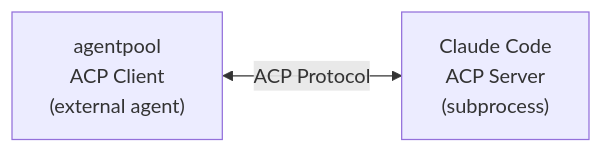
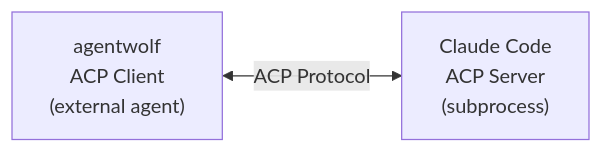
One commit to Leoyzen/agentpool changed the second of 5 diagrams in docs/how-to/advanced/acp-integration.md. Above: the diagram before and after it, drawn with Mermaid. The commit also changed other lines of this file and 2075 other files, not shown here.

Commit message:
refactor: rename agentpool to agentwolf across repository, package, and CLI

````diff
--- a/docs/how-to/advanced/acp-integration.md
+++ b/docs/how-to/advanced/acp-integration.md
@@ -124,4 +124,4 @@
 ```mermaid
 graph LR
-    A["agentpool<br/>ACP Client<br/>(external agent)"] <-->|ACP Protocol| B["Claude Code<br/>ACP Server<br/>(subprocess)"]
+    A["agentwolf<br/>ACP Client<br/>(external agent)"] <-->|ACP Protocol| B["Claude Code<br/>ACP Server<br/>(subprocess)"]
 ```
````
